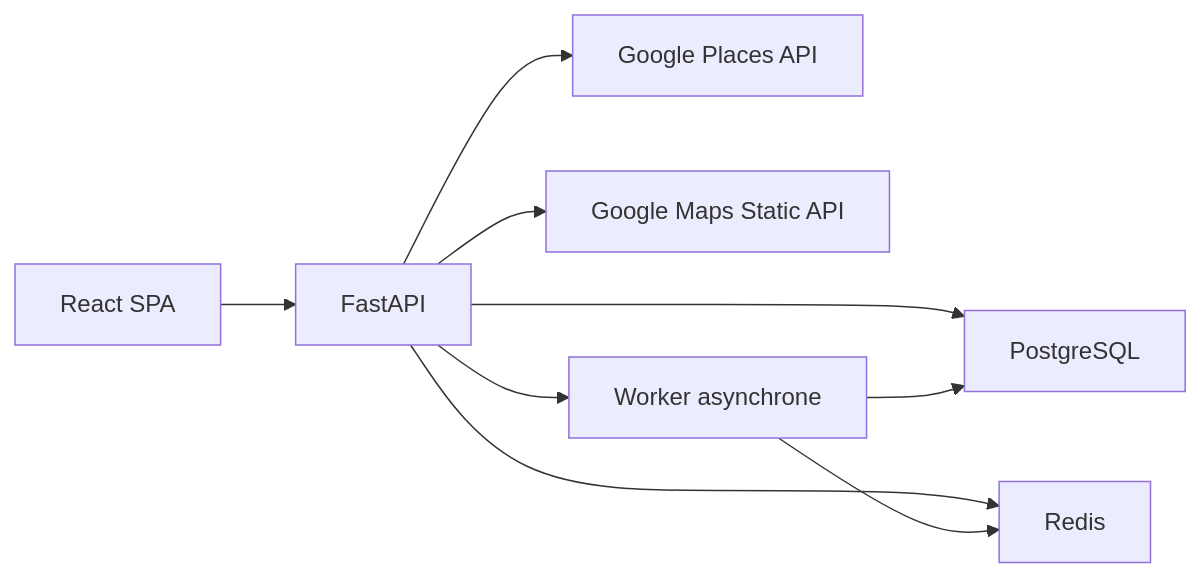
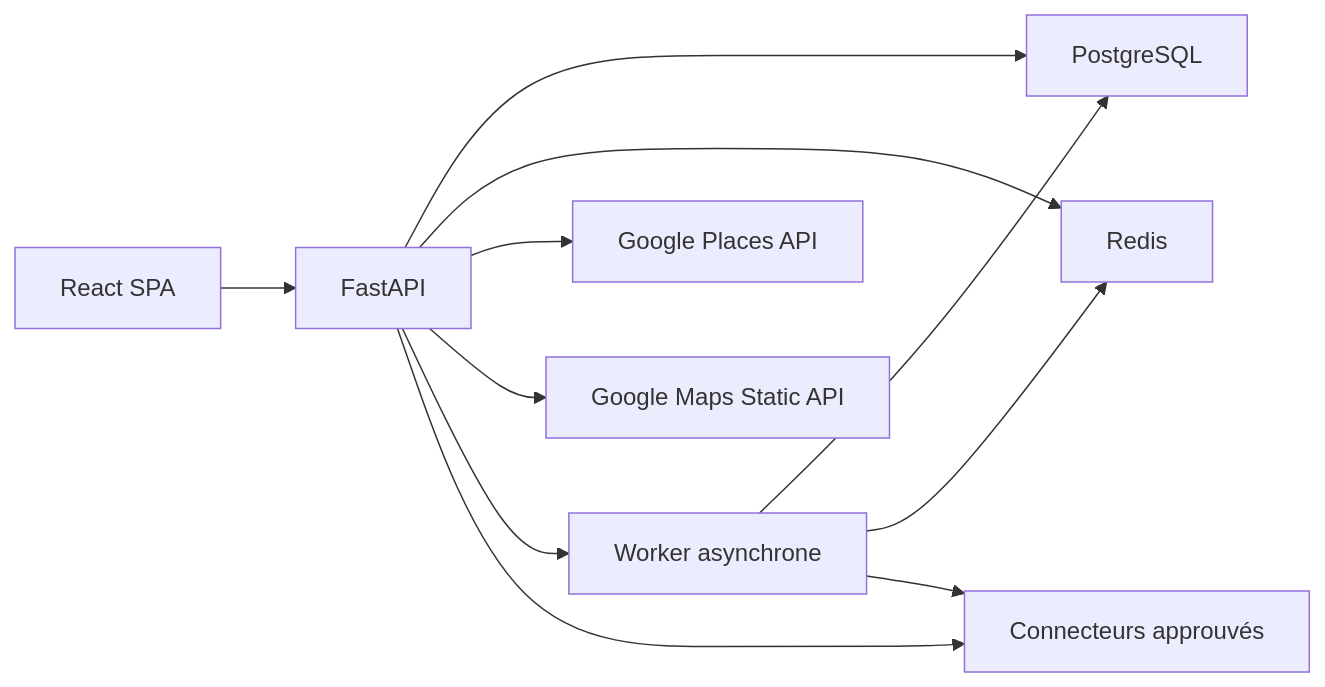
The diagram in docs/SPECIFICATION_CRM_V1.md (landrypro/LeadGenerator), drawn with Mermaid before and after one commit. The commit also changed other lines of this file and 62 other files, not shown here.

````diff
--- a/docs/SPECIFICATION_CRM_V1.md
+++ b/docs/SPECIFICATION_CRM_V1.md
@@ -482,11 +577,13 @@
 ```mermaid
 flowchart LR
     UI["React SPA"] --> API["FastAPI"]
     API --> DB["PostgreSQL"]
     API --> R["Redis"]
     API --> GP["Google Places API"]
     API --> GM["Google Maps Static API"]
     API --> W["Worker asynchrone"]
+    API --> SRC["Connecteurs approuvés"]
     W --> DB
     W --> R
+    W --> SRC
 ```
````
